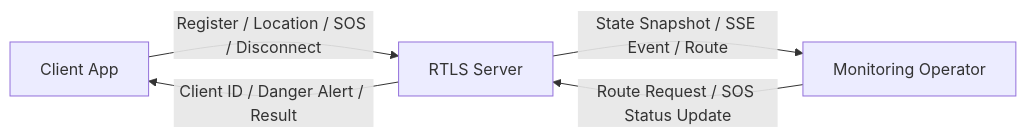
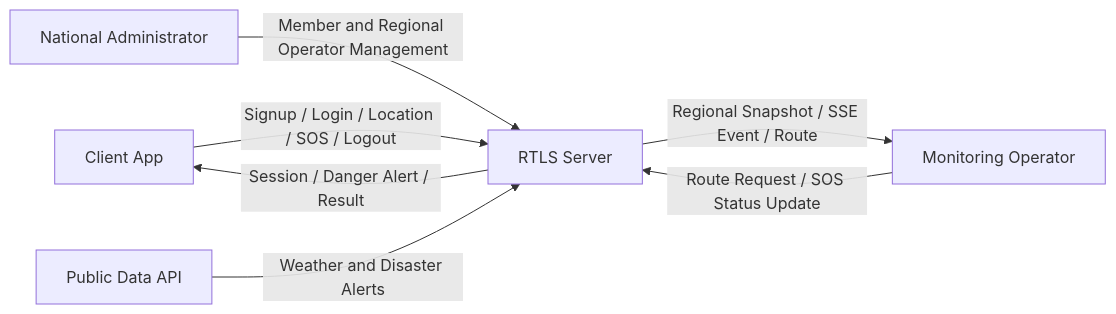
Before and after one commit to xweoze/real-time-monitoring-system: the diagram in Conceptualization_22212023_김지훈.md, drawn with Mermaid. The commit also changed other lines of this file and 15 other files, not shown here.

````diff
--- a/Conceptualization_22212023_김지훈.md
+++ b/Conceptualization_22212023_김지훈.md
@@ -184,11 +200,15 @@
 ```mermaid
 flowchart LR
     Client[Client App]
     Server[RTLS Server]
     Monitor[Monitoring Operator]
+    Admin[National Administrator]
+    PublicData[Public Data API]
 
-    Client -->|Register / Location / SOS / Disconnect| Server
-    Server -->|Client ID / Danger Alert / Result| Client
-    Server -->|State Snapshot / SSE Event / Route| Monitor
+    Client -->|Signup / Login / Location / SOS / Logout| Server
+    Server -->|Session / Danger Alert / Result| Client
+    Server -->|Regional Snapshot / SSE Event / Route| Monitor
     Monitor -->|Route Request / SOS Status Update| Server
+    Admin -->|Member and Regional Operator Management| Server
+    PublicData -->|Weather and Disaster Alerts| Server
 ```
````
